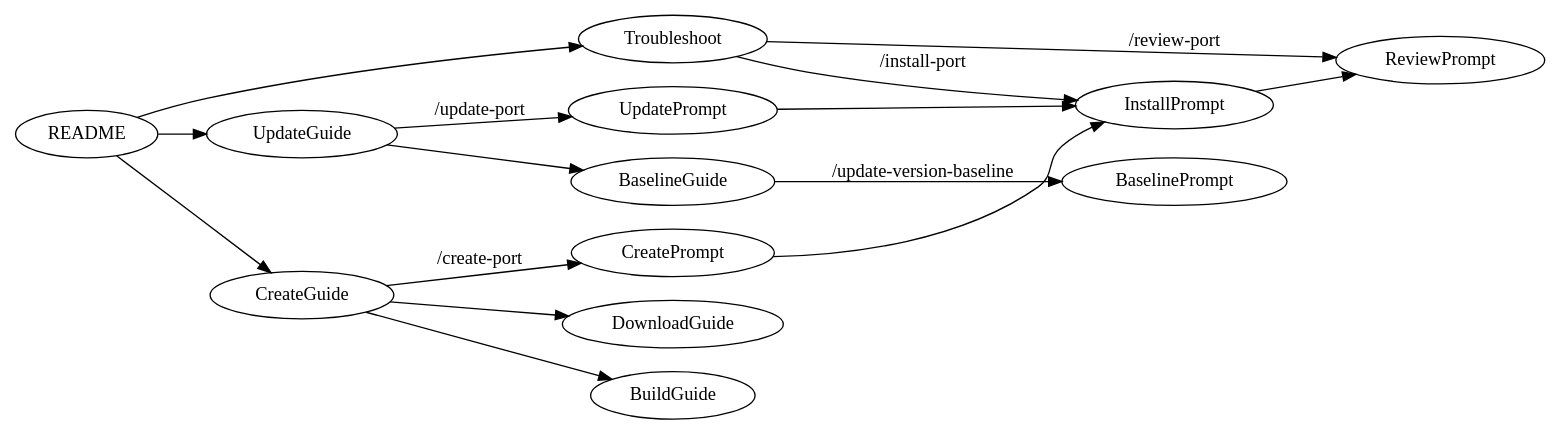
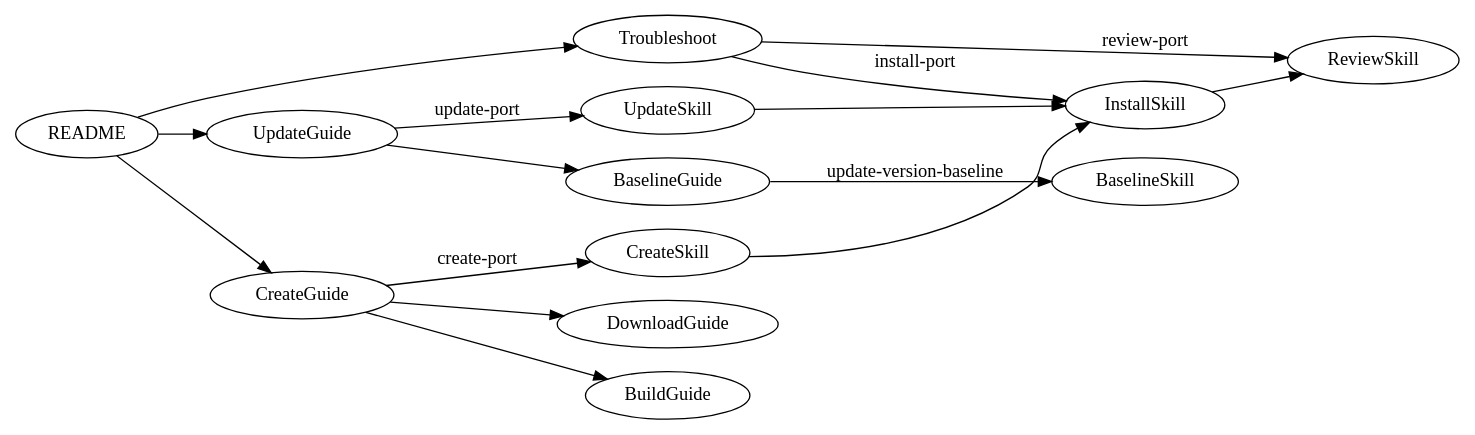
One commit to luncliff/vcpkg-registry changed the second of 2 diagrams in docs/prompt-designs.md. Above: the diagram before and after it, drawn with Graphviz. The commit also changed other lines of this file and 22 other files, not shown here.

````diff
--- a/docs/prompt-designs.md
+++ b/docs/prompt-designs.md
@@ -65,19 +65,19 @@
 ```dot
 digraph G {
   rankdir=LR;
   README -> CreateGuide;
   README -> UpdateGuide;
   README -> Troubleshoot;
-  CreateGuide -> CreatePrompt [label="/create-port"];
+  CreateGuide -> CreateSkill [label="create-port"];
   CreateGuide -> BuildGuide;
   CreateGuide -> DownloadGuide;
-  UpdateGuide -> UpdatePrompt [label="/update-port"];
+  UpdateGuide -> UpdateSkill [label="update-port"];
   UpdateGuide -> BaselineGuide;
-  BaselineGuide -> BaselinePrompt [label="/update-version-baseline"];
-  Troubleshoot -> InstallPrompt [label="/install-port"];
-  Troubleshoot -> ReviewPrompt [label="/review-port"];
-  InstallPrompt -> ReviewPrompt;
-  CreatePrompt -> InstallPrompt;
-  UpdatePrompt -> InstallPrompt;
+  BaselineGuide -> BaselineSkill [label="update-version-baseline"];
+  Troubleshoot -> InstallSkill [label="install-port"];
+  Troubleshoot -> ReviewSkill [label="review-port"];
+  InstallSkill -> ReviewSkill;
+  CreateSkill -> InstallSkill;
+  UpdateSkill -> InstallSkill;
 }
 ```
````
